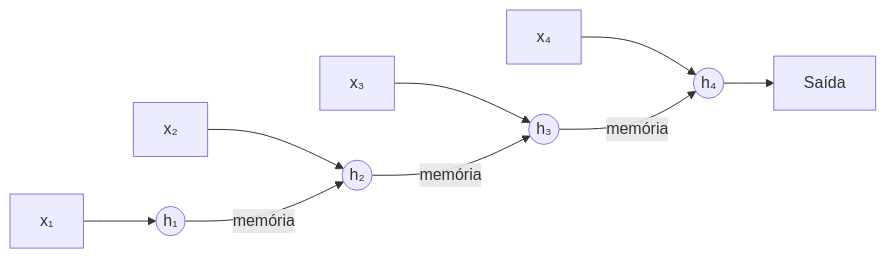
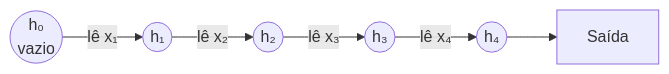
Before and after one commit to htborges/IA-Lab: the second of 2 diagrams in 00-fundamentals/10-cnn-rnn.pt-BR.md, drawn with Mermaid.

Commit message:
Simplify RNN diagram in lesson 10 (pt-BR)

````diff
--- a/00-fundamentals/10-cnn-rnn.pt-BR.md
+++ b/00-fundamentals/10-cnn-rnn.pt-BR.md
@@ -101,9 +101,4 @@
 ```mermaid
 flowchart LR
-    X1[x₁] --> H1((h₁))
-    X2[x₂] --> H2((h₂))
-    X3[x₃] --> H3((h₃))
-    X4[x₄] --> H4((h₄))
-    H1 -- memória --> H2 -- memória --> H3 -- memória --> H4
-    H4 --> Y[Saída]
+    H0((h₀<br/>vazio)) -- lê x₁ --> H1((h₁)) -- lê x₂ --> H2((h₂)) -- lê x₃ --> H3((h₃)) -- lê x₄ --> H4((h₄)) --> Y[Saída]
 ```
````
